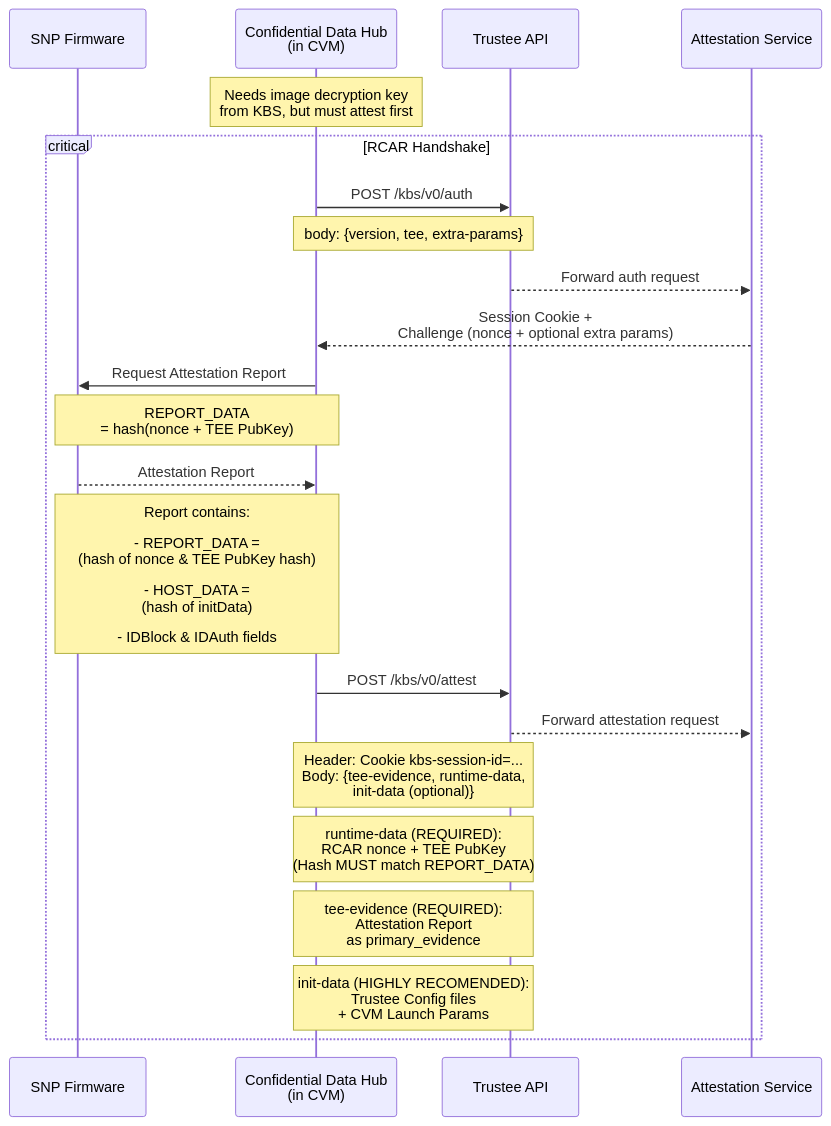
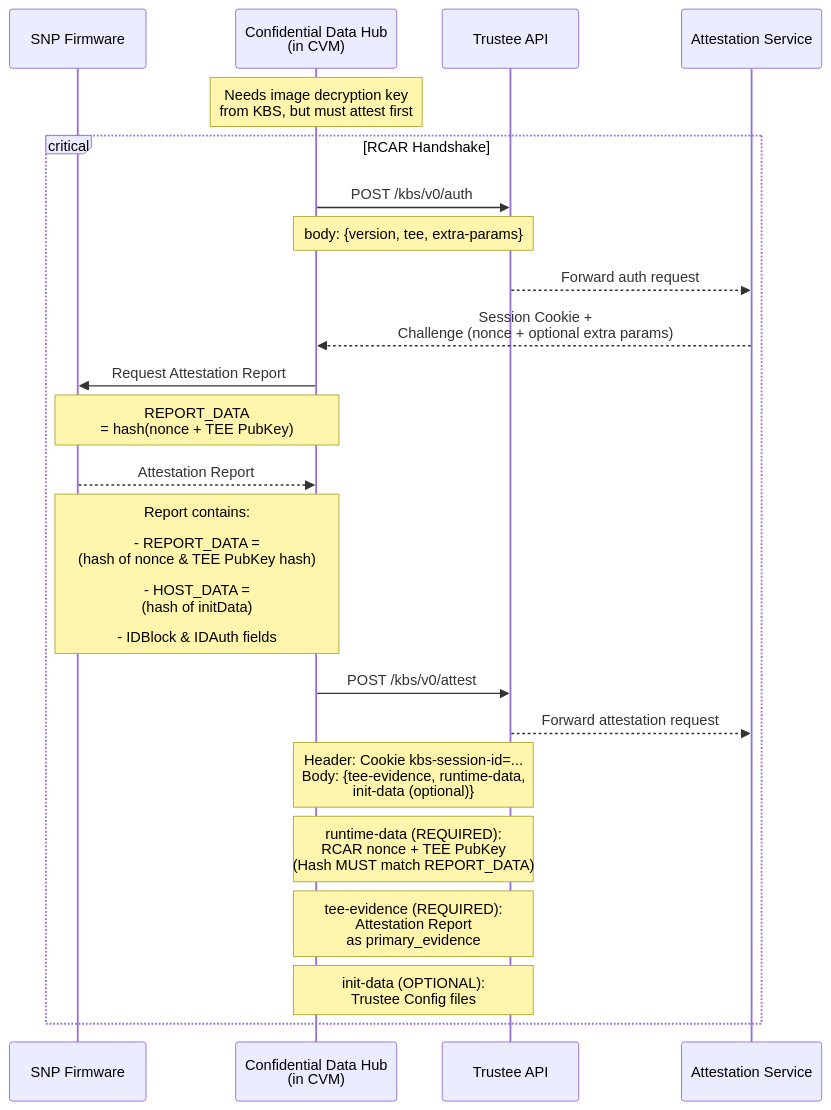
The fourth of 6 diagrams in kbs/src/plugins/implementations/sams/README.md (amd-cmaxwell/trustee), drawn with Mermaid before and after one commit. The commit also changed other lines of this file, not shown here.

First line of the commit message:
kbs: remove launch-param-in-initdata references from SAMS README

````diff
--- a/kbs/src/plugins/implementations/sams/README.md
+++ b/kbs/src/plugins/implementations/sams/README.md
@@ -214,28 +212,28 @@
 ```mermaid
 sequenceDiagram
     participant fw as SNP Firmware
     participant cdh as Confidential Data Hub<br>(in CVM)
     participant api as Trustee API
     participant trustee_as as Attestation Service
 
     note over cdh: Needs image decryption key<br>from KBS, but must attest first
 
     critical RCAR Handshake
         cdh ->> api: POST /kbs/v0/auth
         note over cdh, api: body: {version, tee, extra-params}
         api -->> trustee_as: Forward auth request
         trustee_as -->> cdh: Session Cookie +<br>Challenge (nonce + optional extra params)
 
         cdh ->> fw: Request Attestation Report
         note over cdh, fw: REPORT_DATA <br>= hash(nonce + TEE PubKey)
         fw -->> cdh: Attestation Report
         note over fw, cdh: Report contains:<br><br>- REPORT_DATA = <br>(hash of nonce & TEE PubKey hash)<br><br>- HOST_DATA =<br>(hash of initData)<br><br>- IDBlock & IDAuth fields
 
         cdh ->> api: POST /kbs/v0/attest
         api -->> trustee_as: Forward attestation request
         note over cdh, api: Header: Cookie kbs-session-id=...<br>Body: {tee-evidence, runtime-data,<br>init-data (optional)}
         note over cdh, api: runtime-data (REQUIRED):<br>RCAR nonce + TEE PubKey<br>(Hash MUST match REPORT_DATA)
         note over cdh, api: tee-evidence (REQUIRED):<br>Attestation Report <br>as primary_evidence
-        note over cdh, api: init-data (HIGHLY RECOMENDED):<br> Trustee Config files<br> + CVM Launch Params
+        note over cdh, api: init-data (OPTIONAL):<br> Trustee Config files
     end
 ```
````
